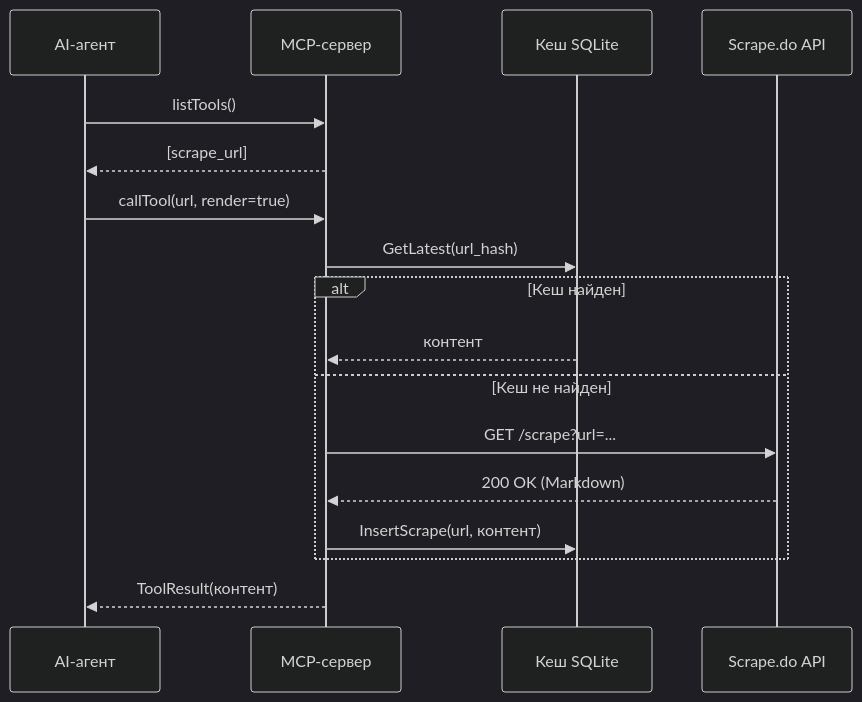
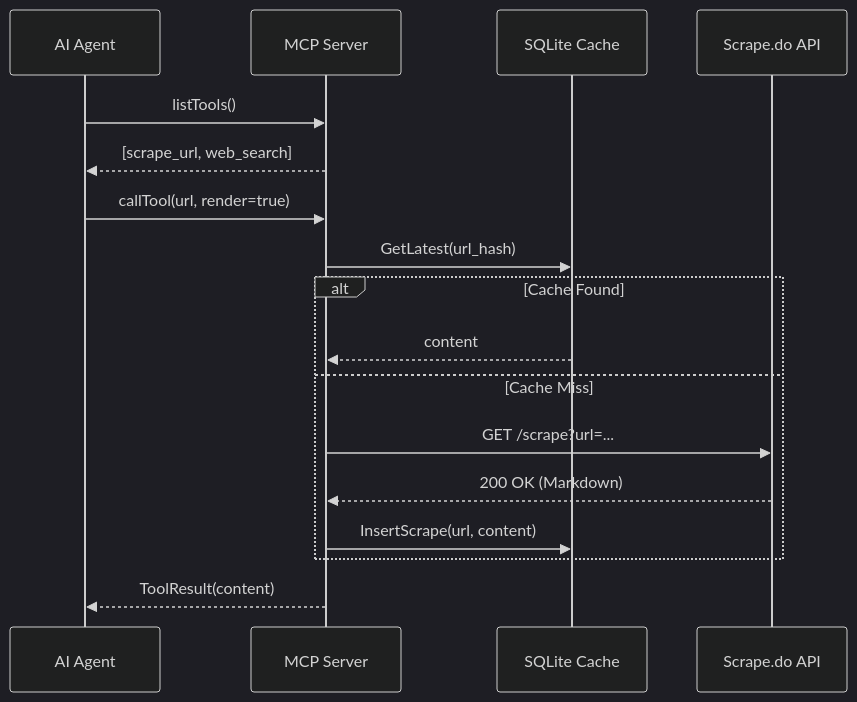
One commit to ioplane/scrapedoctl changed the second of 3 diagrams in docs/ru/04-architecture.md. Above: the diagram before and after it, drawn with Mermaid (dark theme). The commit also changed other lines of this file and 14 other files, not shown here.

````diff
--- a/docs/ru/04-architecture.md
+++ b/docs/ru/04-architecture.md
@@ -26,20 +37,20 @@
 ```mermaid
 sequenceDiagram
-    participant Agent as AI-агент
-    participant Server as MCP-сервер
-    participant DB as Кеш SQLite
+    participant Agent as AI Agent
+    participant Server as MCP Server
+    participant DB as SQLite Cache
     participant API as Scrape.do API
 
     Agent->>Server: listTools()
-    Server-->>Agent: [scrape_url]
+    Server-->>Agent: [scrape_url, web_search]
     Agent->>Server: callTool(url, render=true)
     Server->>DB: GetLatest(url_hash)
-    alt Кеш найден
-        DB-->>Server: контент
-    else Кеш не найден
+    alt Cache Found
+        DB-->>Server: content
+    else Cache Miss
         Server->>API: GET /scrape?url=...
         API-->>Server: 200 OK (Markdown)
-        Server->>DB: InsertScrape(url, контент)
+        Server->>DB: InsertScrape(url, content)
     end
-    Server-->>Agent: ToolResult(контент)
+    Server-->>Agent: ToolResult(content)
 ```
````
